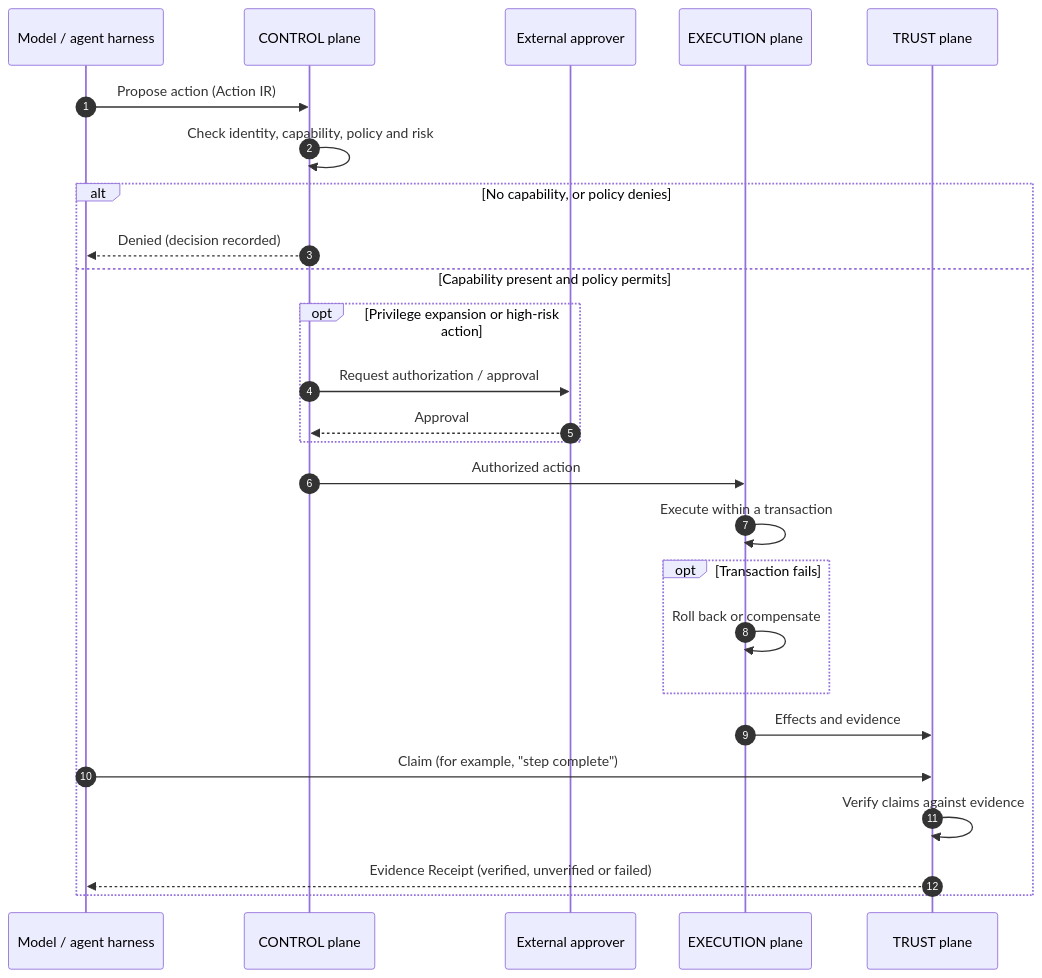
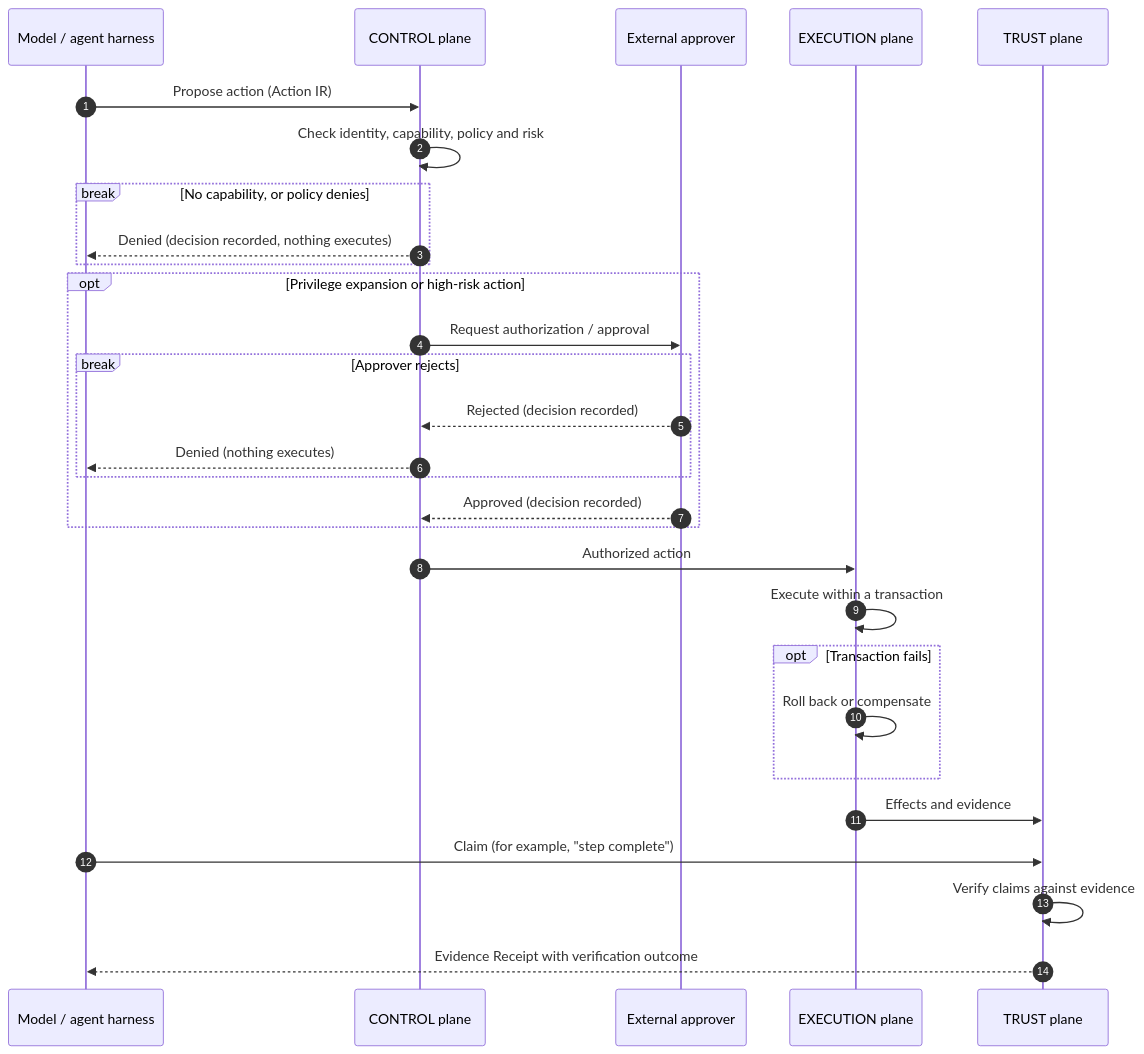
One commit to CuberGROS/proof-runtime changed the second of 2 diagrams in docs/architecture/overview.md. Above: the diagram before and after it, drawn with Mermaid. The commit also changed other lines of this file and 7 other files, not shown here.

First line of the commit message:
docs: apply PR review findings to Phase 0 architecture docs

````diff
--- a/docs/architecture/overview.md
+++ b/docs/architecture/overview.md
@@ -166,30 +156,36 @@
 ```mermaid
 sequenceDiagram
     autonumber
     participant M as Model / agent harness
     participant C as CONTROL plane
     participant A as External approver
     participant E as EXECUTION plane
     participant T as TRUST plane
 
     M->>C: Propose action (Action IR)
     C->>C: Check identity, capability, policy and risk
 
-    alt No capability, or policy denies
-        C-->>M: Denied (decision recorded)
-    else Capability present and policy permits
-        opt Privilege expansion or high-risk action
-            C->>A: Request authorization / approval
-            A-->>C: Approval
+    break No capability, or policy denies
+        C-->>M: Denied (decision recorded, nothing executes)
+    end
+
+    opt Privilege expansion or high-risk action
+        C->>A: Request authorization / approval
+        break Approver rejects
+            A-->>C: Rejected (decision recorded)
+            C-->>M: Denied (nothing executes)
         end
-        C->>E: Authorized action
-        E->>E: Execute within a transaction
-        opt Transaction fails
-            E->>E: Roll back or compensate
-        end
-        E->>T: Effects and evidence
-        M->>T: Claim (for example, "step complete")
-        T->>T: Verify claims against evidence
-        T-->>M: Evidence Receipt (verified, unverified or failed)
+        A-->>C: Approved (decision recorded)
     end
+
+    C->>E: Authorized action
+    E->>E: Execute within a transaction
+    opt Transaction fails
+        E->>E: Roll back or compensate
+    end
+    E->>T: Effects and evidence
+
+    M->>T: Claim (for example, "step complete")
+    T->>T: Verify claims against evidence
+    T-->>M: Evidence Receipt with verification outcome
 ```
````
